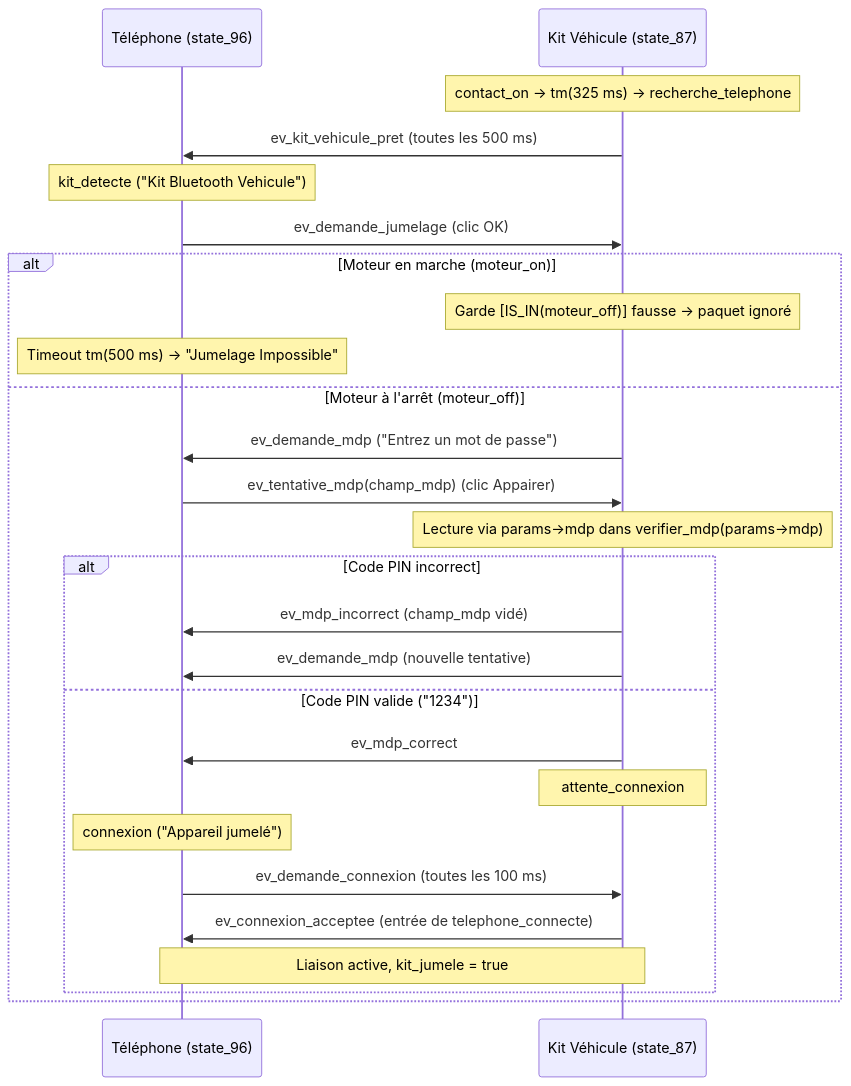
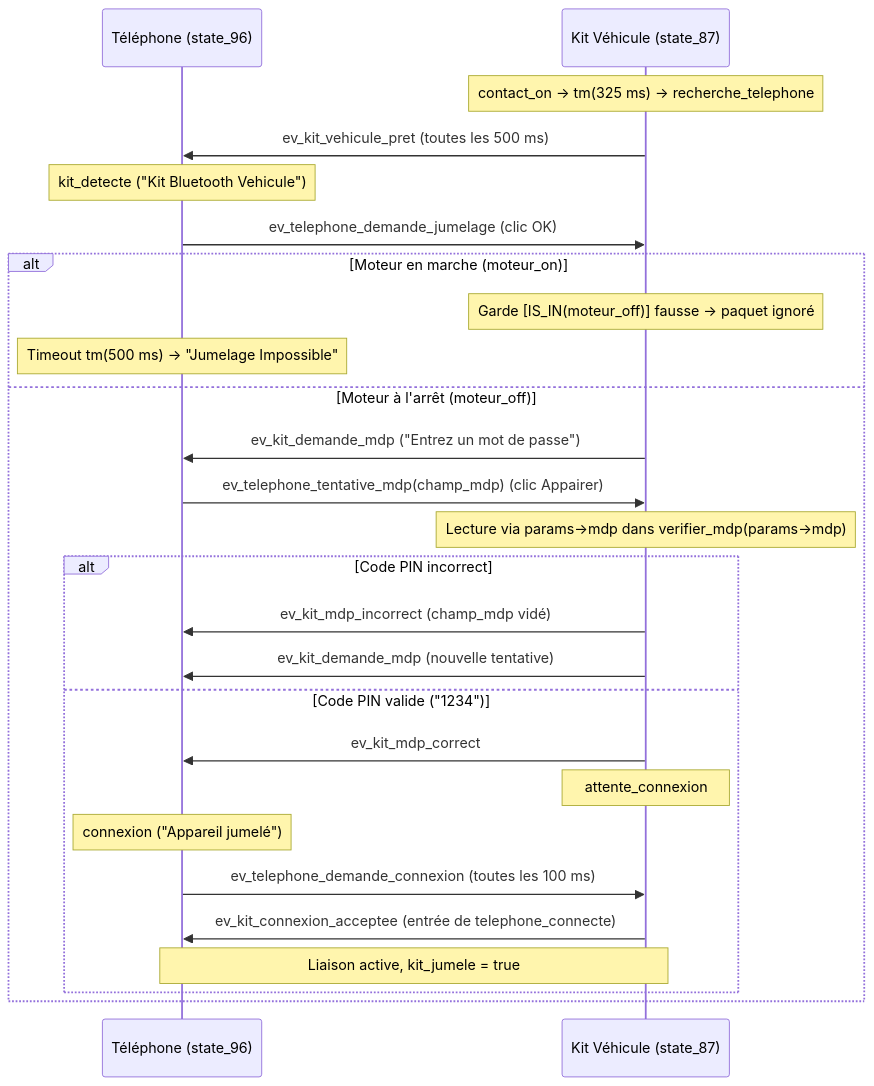
One commit to benoitdekeyn/E4SE_TD_TP changed the third of 9 diagrams in systemes_evenements_discrets/Rapport/Rapport.md. Above: the diagram before and after it, drawn with Mermaid. The commit also changed other lines of this file and 2 other files, not shown here.

Commit message:
modification annexe et finalisation kit

````diff
--- a/systemes_evenements_discrets/Rapport/Rapport.md
+++ b/systemes_evenements_discrets/Rapport/Rapport.md
@@ -729,30 +767,30 @@
 ```mermaid
 sequenceDiagram
     participant Tel as Téléphone (state_96)
     participant Kit as Kit Véhicule (state_87)
 
     Note over Kit: contact_on → tm(325 ms) → recherche_telephone
     Kit->>Tel: ev_kit_vehicule_pret (toutes les 500 ms)
     Note over Tel: kit_detecte ("Kit Bluetooth Vehicule")
-    Tel->>Kit: ev_demande_jumelage (clic OK)
+    Tel->>Kit: ev_telephone_demande_jumelage (clic OK)
 
     alt Moteur en marche (moteur_on)
         Note over Kit: Garde [IS_IN(moteur_off)] fausse → paquet ignoré
         Note over Tel: Timeout tm(500 ms) → "Jumelage Impossible"
     else Moteur à l'arrêt (moteur_off)
-        Kit->>Tel: ev_demande_mdp ("Entrez un mot de passe")
-        Tel->>Kit: ev_tentative_mdp(champ_mdp) (clic Appairer)
+        Kit->>Tel: ev_kit_demande_mdp ("Entrez un mot de passe")
+        Tel->>Kit: ev_telephone_tentative_mdp(champ_mdp) (clic Appairer)
         Note over Kit: Lecture via params->mdp dans verifier_mdp(params->mdp)
         alt Code PIN incorrect
-            Kit->>Tel: ev_mdp_incorrect (champ_mdp vidé)
-            Kit->>Tel: ev_demande_mdp (nouvelle tentative)
+            Kit->>Tel: ev_kit_mdp_incorrect (champ_mdp vidé)
+            Kit->>Tel: ev_kit_demande_mdp (nouvelle tentative)
         else Code PIN valide ("1234")
-            Kit->>Tel: ev_mdp_correct
+            Kit->>Tel: ev_kit_mdp_correct
             Note over Kit: attente_connexion
             Note over Tel: connexion ("Appareil jumelé")
-            Tel->>Kit: ev_demande_connexion (toutes les 100 ms)
-            Kit->>Tel: ev_connexion_acceptee (entrée de telephone_connecte)
+            Tel->>Kit: ev_telephone_demande_connexion (toutes les 100 ms)
+            Kit->>Tel: ev_kit_connexion_acceptee (entrée de telephone_connecte)
             Note over Tel,Kit: Liaison active, kit_jumele = true
         end
     end
 ```
````
